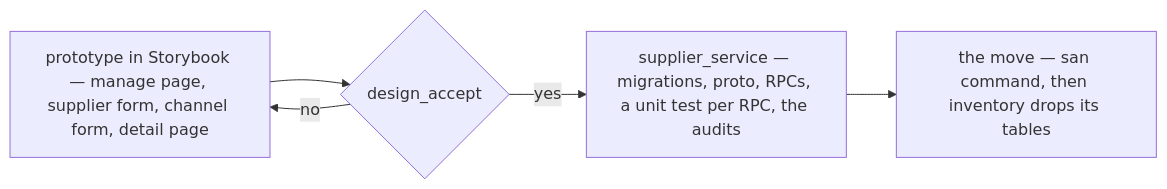
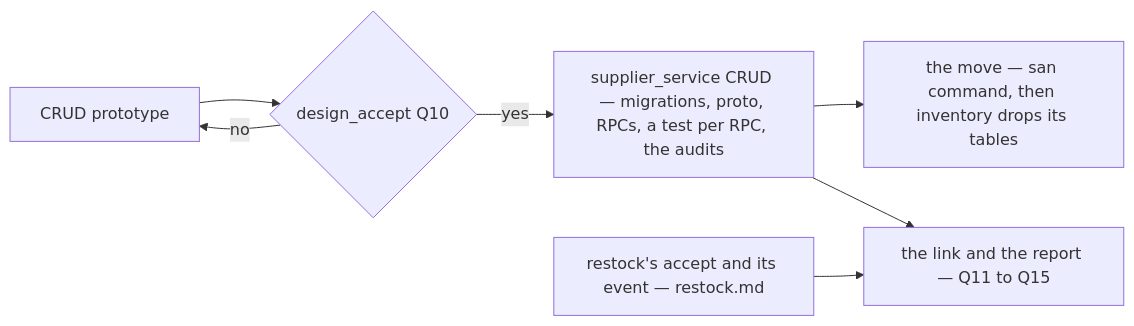
One commit to pdcgo/warehouse_revamp changed the fifth of 9 diagrams in docs/business/supplier/context_clarify.md. Above: the diagram before and after it, drawn with Mermaid. The commit also changed other lines of this file and 213 other files, not shown here.

````diff
--- a/docs/business/supplier/context_clarify.md
+++ b/docs/business/supplier/context_clarify.md
@@ -110,7 +252,9 @@
 ```mermaid
 flowchart LR
-  P["prototype in Storybook — manage page, supplier form, channel form, detail page"] --> A{"design_accept"}
-  A -->|"yes"| B["supplier_service — migrations, proto, RPCs, a unit test per RPC, the audits"]
+  P["CRUD prototype"] --> A{"design_accept Q10"}
+  A -->|"yes"| B["supplier_service CRUD — migrations, proto, RPCs, a test per RPC, the audits"]
   B --> M["the move — san command, then inventory drops its tables"]
   A -->|"no"| P
+  R["restock's accept and its event — restock.md"] --> F["the link and the report — Q11 to Q15"]
+  B --> F
 ```
````
